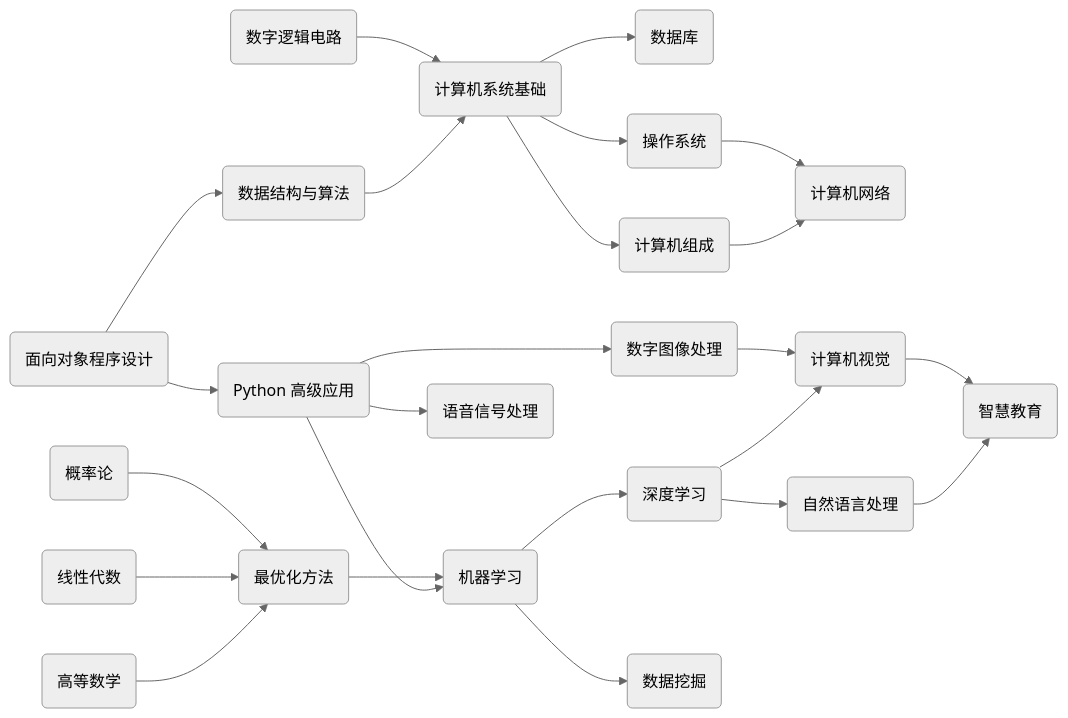
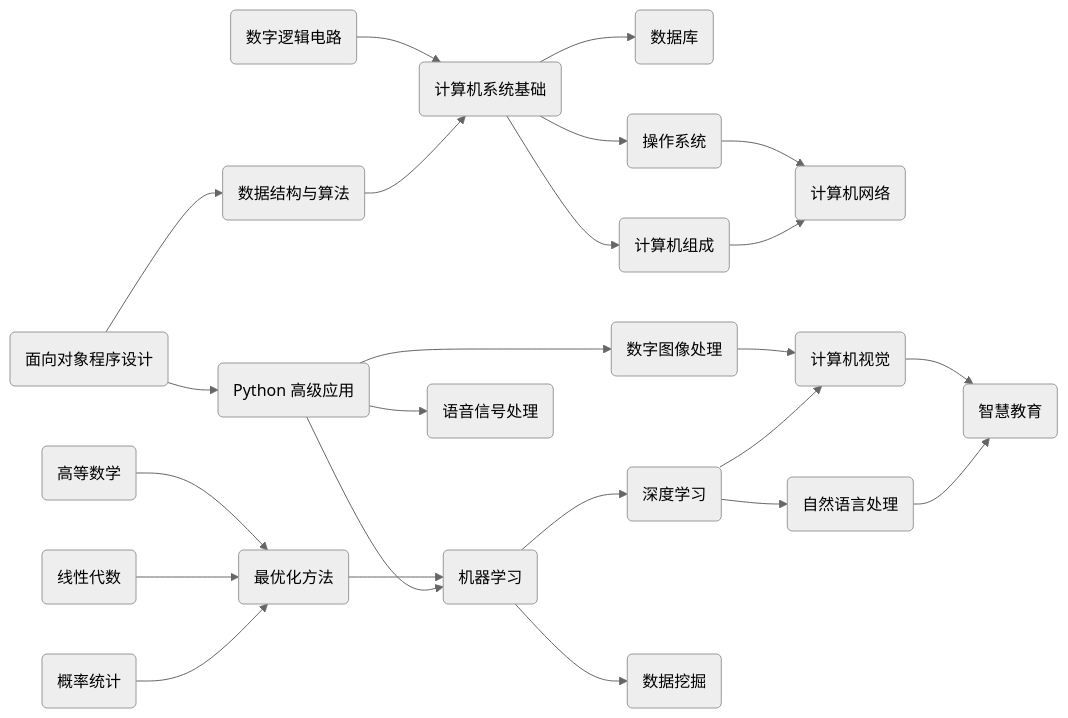
One commit to Explorer-Dong/explorer-dong.github.io changed the first of 2 diagrams in docs/index.md. Above: the diagram before and after it, drawn with Mermaid (neutral theme). The commit also changed other lines of this file and 2 other files, not shown here.

Commit message:
upd: probability

````diff
--- a/docs/index.md
+++ b/docs/index.md
@@ -42,62 +38,62 @@
 ```mermaid
 flowchart LR
     面向对象程序设计(面向对象程序设计)
     数据结构与算法(数据结构与算法)
     数字逻辑电路(数字逻辑电路)
     计算机系统基础(计算机系统基础)
     数据库(数据库)
     操作系统(操作系统)
     计算机组成(计算机组成)
     计算机网络(计算机网络)
 
     面向对象程序设计 --> 数据结构与算法 --> 计算机系统基础
     数字逻辑电路 --> 计算机系统基础 --> 数据库 & 操作系统 & 计算机组成
     计算机组成 & 操作系统 --> 计算机网络
 
     Python高级应用(Python 高级应用)
     数字图像处理(数字图像处理)
     机器学习(机器学习)
     深度学习(深度学习)
     数据挖掘(数据挖掘)
     自然语言处理(自然语言处理)
     计算机视觉(计算机视觉)
     语音信号处理(语音信号处理)
     智慧教育(智慧教育)
 
     Python高级应用 --> 数字图像处理 & 语音信号处理 & 机器学习
     机器学习 --> 数据挖掘 & 深度学习
     深度学习 --> 自然语言处理 & 计算机视觉 --> 智慧教育
     数字图像处理 --> 计算机视觉
 
     高等数学(高等数学)
     线性代数(线性代数)
-    概率论(概率论)
+    概率统计(概率统计)
     最优化方法(最优化方法)
-    高等数学 & 线性代数 & 概率论 --> 最优化方法 --> 机器学习
+    概率统计 & 线性代数 & 高等数学 --> 最优化方法 --> 机器学习
     面向对象程序设计 --> Python高级应用
 
     %% 跳转链接
     click 高等数学 "./base/math/advanced-math/"
     click 线性代数 "./base/math/linear-algebra/"
-    click 概率论 "./base/math/probability-and-statistics/"
+    click 概率统计 "./base/math/probability-and-statistics/"
     click 最优化方法 "./base/math/optimization-method/"
 
     click 面向对象程序设计 "./base/cs/object-oriented-programming/"
     click 数字逻辑电路 "./base/cs/digital-logic-circuit/"
     click 计算机系统基础 "./base/cs/computer-system-basic/"
     click 数据库 "./base/cs/database/"
     click 数据结构与算法 "./ds-and-algo/"
     click 操作系统 "./base/cs/operating-system/"
     click 计算机组成 "./base/cs/computer-organization/"
     click 计算机网络 "./base/cs/computer-network/"
 
     click Python高级应用 "./base/ai/python-application/"
     click 数字图像处理 "./base/ai/digital-image-processing/"
     click 机器学习 "./base/ai/machine-learning/"
     click 深度学习 "./base/ai/deep-learning/"
     click 数据挖掘 "./base/ai/data-mining/"
     click 自然语言处理 "./base/ai/natural-language-processing/"
     click 计算机视觉 "./base/ai/computer-vision/"
     click 语音信号处理 "./base/ai/speech-signal-processing/"
     click 智慧教育 "./base/ai/intelligent-education/"
 ```
````
